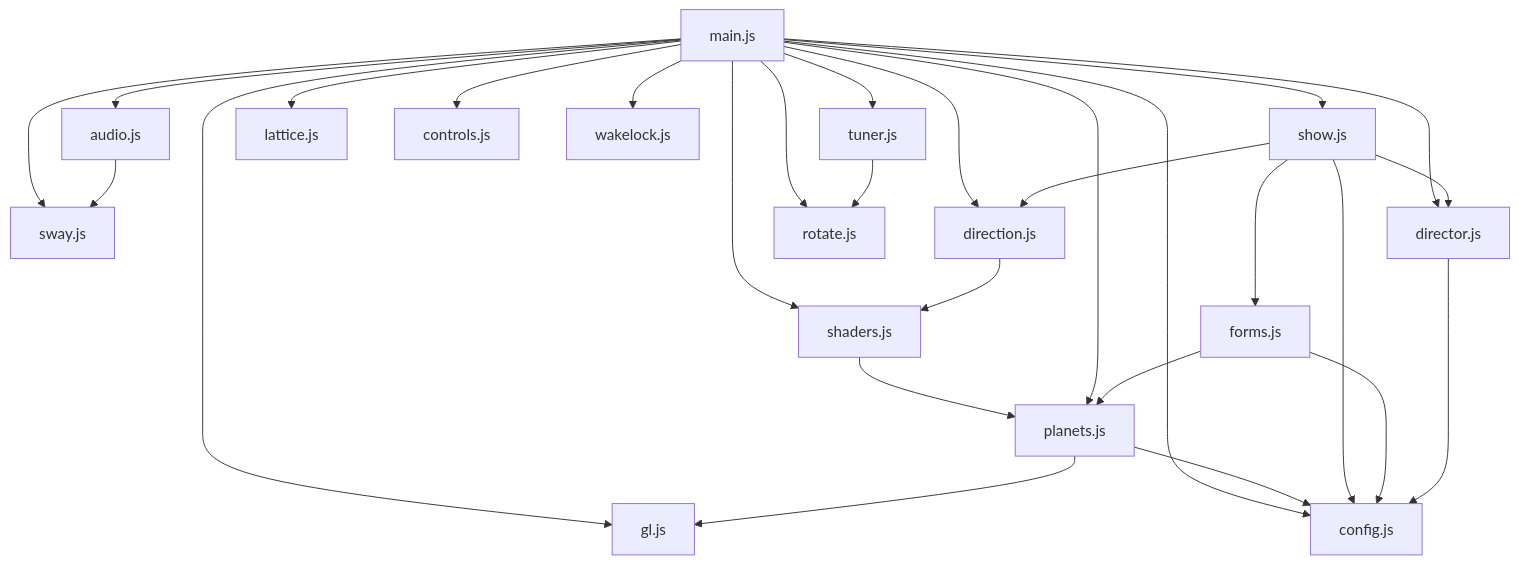
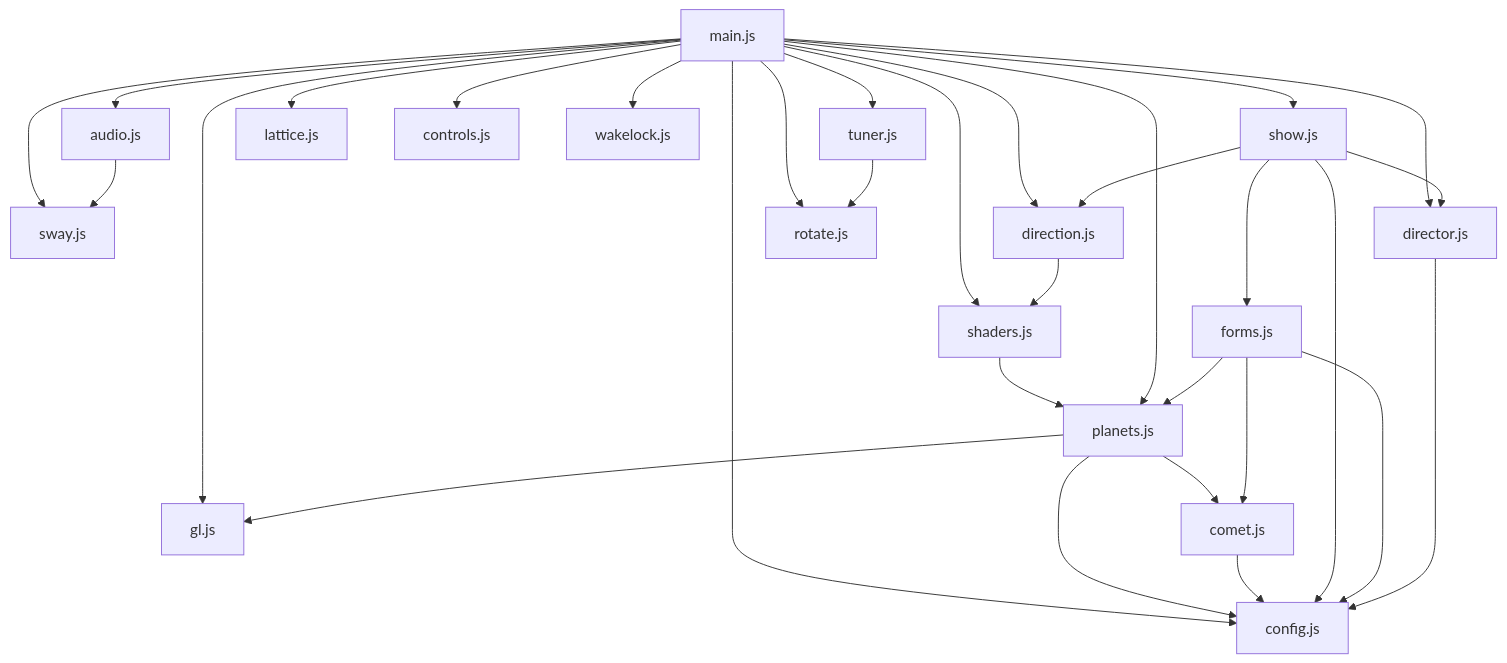
One commit to sf624/rain-of-light changed the third of 3 diagrams in docs/design.md. Above: the diagram before and after it, drawn with Mermaid. The commit also changed other lines of this file and 13 other files, not shown here.

````diff
--- a/docs/design.md
+++ b/docs/design.md
@@ -1310,30 +1380,33 @@
 ```mermaid
 flowchart TD
   main["main.js"] --> tuner["tuner.js"]
   main --> audio["audio.js"]
   main --> sway["sway.js"]
   main --> config["config.js"]
   main --> show["show.js"]
   main --> director["director.js"]
   main --> direction["direction.js"]
   main --> shaders["shaders.js"]
   main --> gl["gl.js"]
   main --> lattice["lattice.js"]
   main --> controls["controls.js"]
   main --> wakelock["wakelock.js"]
   main --> rotate["rotate.js"]
   tuner --> rotate
   audio --> sway
   shaders --> planets["planets.js"]
   main --> planets
   forms --> planets
   planets --> config
   planets --> gl
+  planets --> comet["comet.js"]
+  forms --> comet
+  comet --> config
   show --> config
   show --> director
   show --> forms["forms.js"]
   show --> direction
   forms --> config
   director --> config
   direction --> shaders
 ```
````
